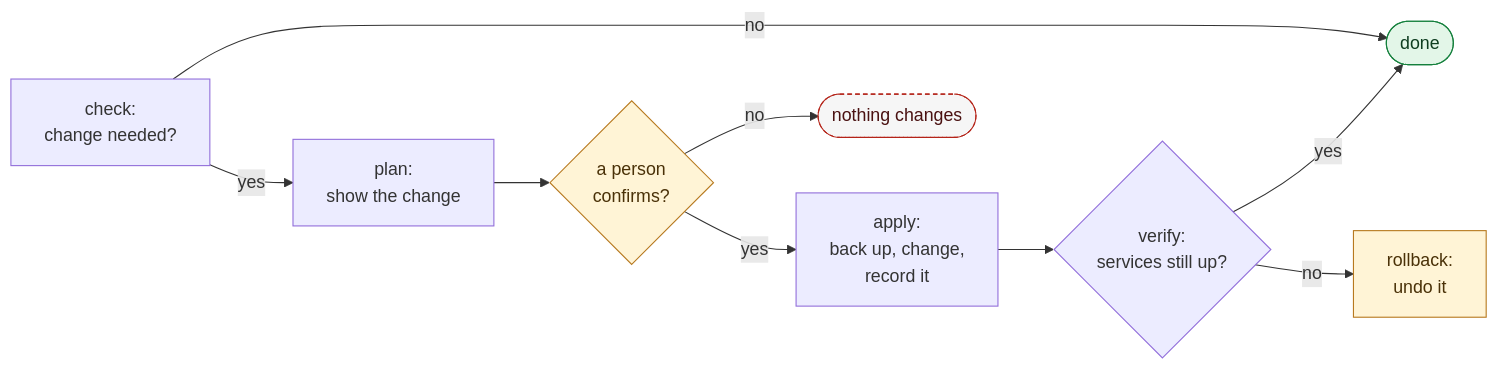
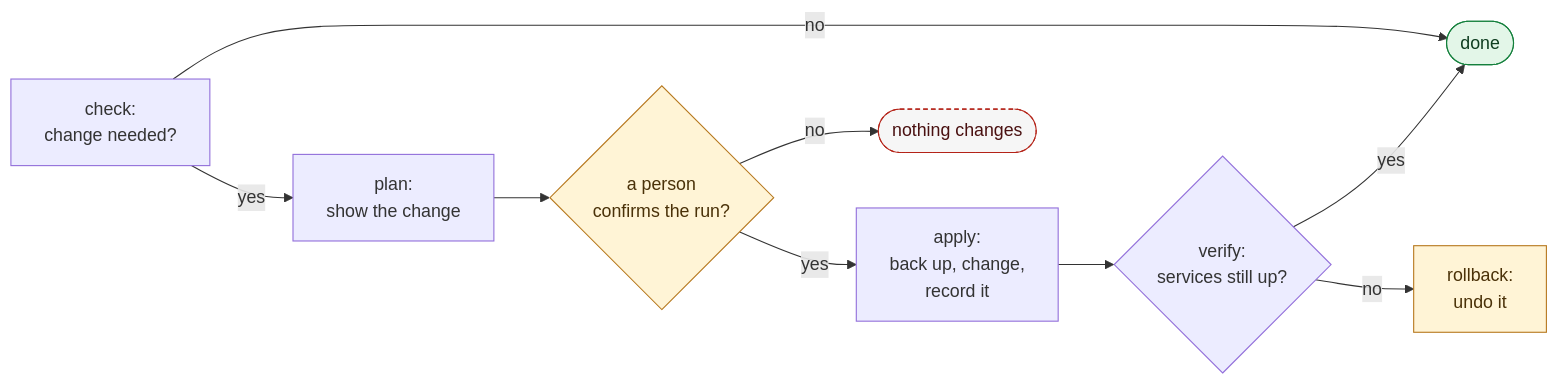
One commit to dotnetdork/Labyrinth changed the third of 3 diagrams in docs/Overview.md. Above: the diagram before and after it, drawn with Mermaid. The commit also changed other lines of this file and 4 other files, not shown here.

````diff
--- a/docs/Overview.md
+++ b/docs/Overview.md
@@ -148,17 +148,17 @@
 ```mermaid
 flowchart LR
     C["check:<br/>change needed?"] -->|no| DONE(["done"])
     C -->|yes| P["plan:<br/>show the change"]
-    P --> H{"a person<br/>confirms?"}
+    P --> H{"a person<br/>confirms the run?"}
     H -->|no| STOP(["nothing changes"])
     H -->|yes| A["apply:<br/>back up, change,<br/>record it"]
     A --> V{"verify:<br/>services still up?"}
     V -->|yes| DONE
     V -->|no| RB["rollback:<br/>undo it"]
     classDef ok fill:#e3f6e8,stroke:#15803d,color:#0f3d20
     classDef human fill:#fff4d6,stroke:#b7791f,color:#4a3108
     classDef stop fill:#f6f6f6,stroke:#b42318,color:#4a1111,stroke-dasharray:4 3
     class DONE ok
     class H,RB human
     class STOP stop
 ```
````
